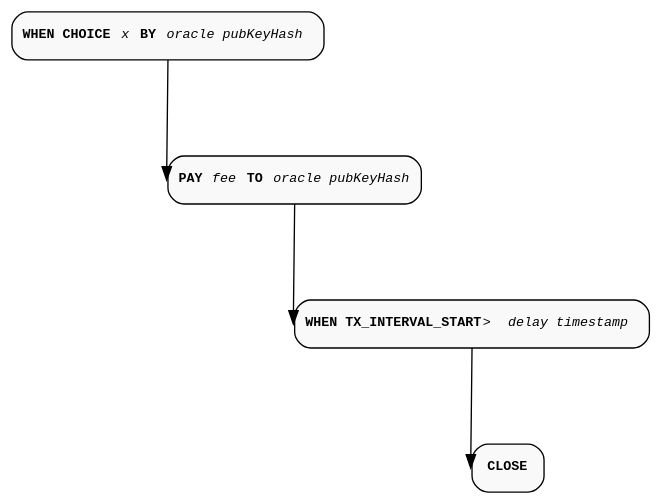
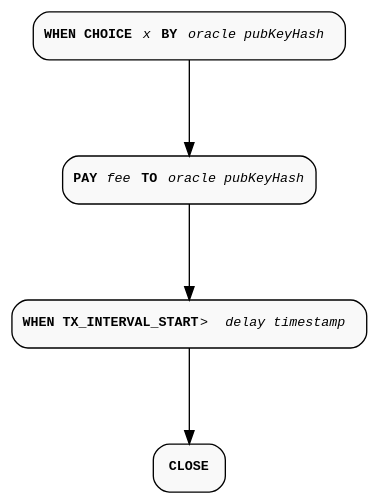
One commit to marlowe-lang/marlowe-oracle-protocol changed the diagram in diagrams/marlowe-request-delay.dot. Above: the diagram before and after it, drawn with Graphviz. The commit also changed 22 other files, not shown here.

Commit message:
Actually make diagrams top-down

```diff
--- a/diagrams/marlowe-request-delay.dot
+++ b/diagrams/marlowe-request-delay.dot
@@ -1,22 +1,22 @@
 digraph MarloweRequestDelay {
   rankdir=TD;
   graph [pad="0.02", nodesep="0.6", ranksep="1", splines="line"];
   node [shape=rect, style="filled, rounded", fillcolor="#f9f9f9", fontname="Courier New", fontsize="10"];
-  edge [tailport="s", headport="w", color="#aaa", fontname="Courier New", fontsize="10"];
+  edge [tailport="s", headport="n", color="#aaa", fontname="Courier New", fontsize="10"];
 
 
   OracleChoiceStep [label=<<b>WHEN CHOICE</b> <i>x</i> <b>BY</b> <i>oracle pubKeyHash</i> > color="#aaa" ];
 
   PayStep [label=<<b>PAY </b><i>fee</i> <b>TO</b> <i>oracle pubKeyHash</i>> color="#aaa" ];
 
   OracleChoiceStep -> PayStep;
 
   DelayStep [label=<<b>WHEN TX_INTERVAL_START</b> &gt; <i>delay timestamp</i> > color="#aaa" ];
 
   PayStep -> DelayStep;
 
   CloseStep [label=<<b>CLOSE</b>> color="#aaa" ];
 
   DelayStep -> CloseStep;
 
 }
```
